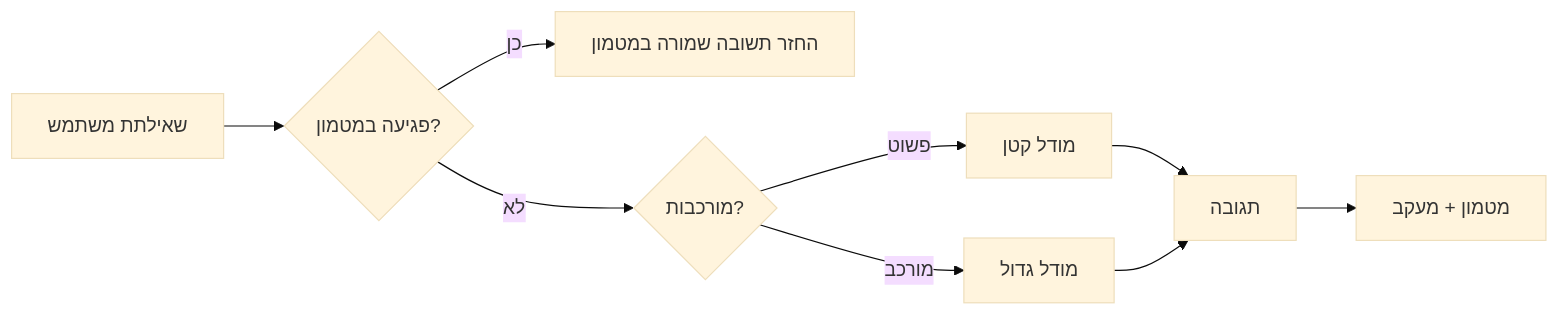
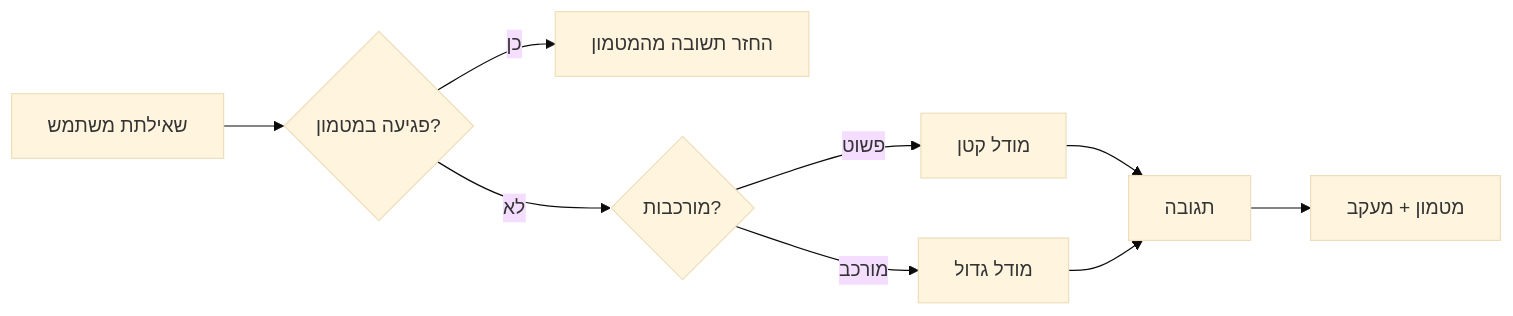
One commit to gabrielmoreira/agent-skills-mirror changed the third of 4 diagrams in mirrors/repos/microsoft@ai-agents-for-beginners/translations/he/16-deploying-scalable-agents/README.md. Above: the diagram before and after it, drawn with Mermaid (base theme). The commit also changed other lines of this file and 4262 other files, not shown here.

````diff
--- a/mirrors/repos/microsoft@ai-agents-for-beginners/translations/he/16-deploying-scalable-agents/README.md
+++ b/mirrors/repos/microsoft@ai-agents-for-beginners/translations/he/16-deploying-scalable-agents/README.md
@@ -134,11 +134,11 @@
 ```mermaid
 flowchart LR
     Q[שאילתת משתמש] --> C{פגיעה במטמון?}
-    C -->|כן| R[החזר תשובה שמורה במטמון]
+    C -->|כן| R[החזר תשובה מהמטמון]
     C -->|לא| Router{מורכבות?}
     Router -->|פשוט| SLM[מודל קטן]
     Router -->|מורכב| LLM[מודל גדול]
     SLM --> Out[תגובה]
     LLM --> Out
     Out --> Store[מטמון + מעקב]
 ```
````
